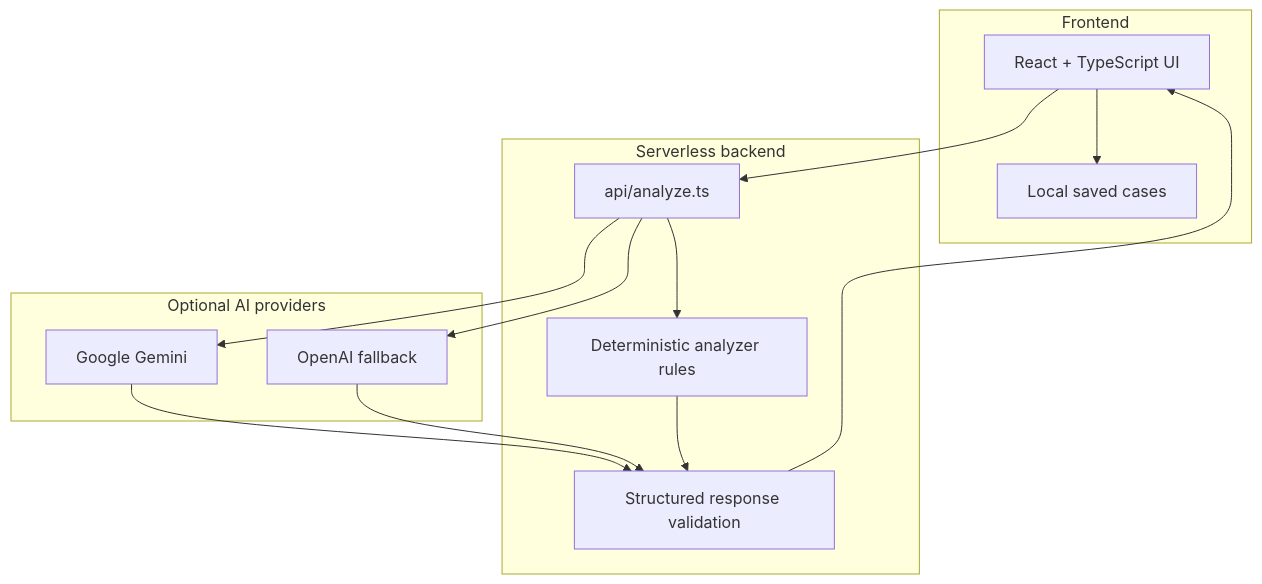
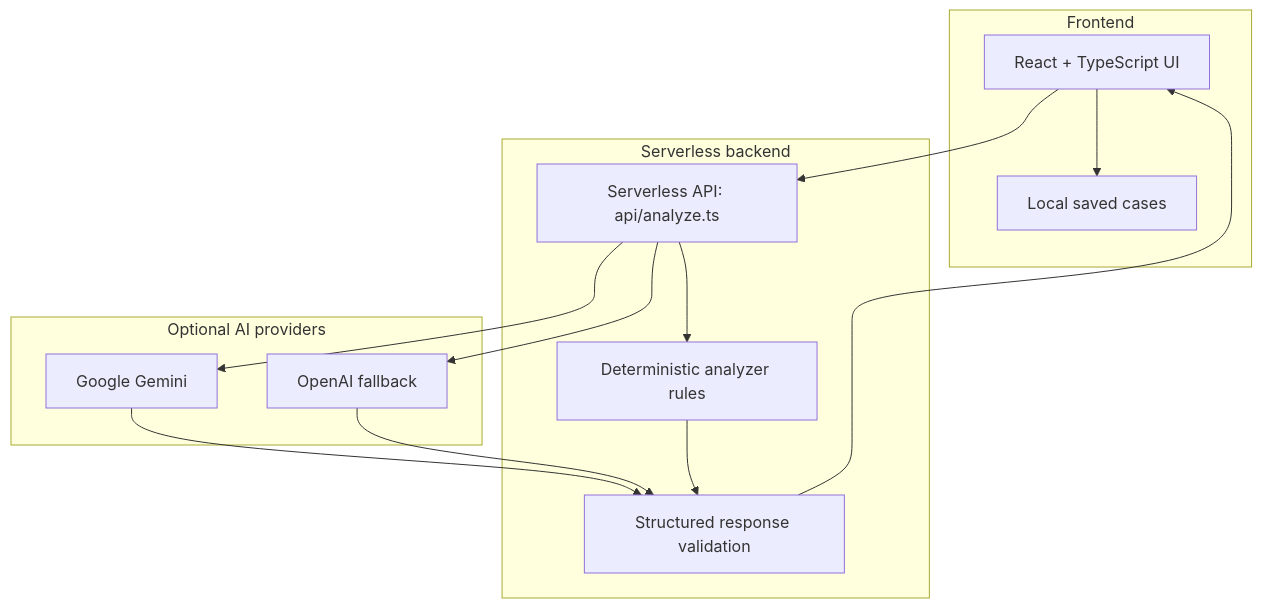
Before and after one commit to pchrysostomou/CI-Doctor: the second of 4 diagrams in README.md, drawn with Mermaid. The commit also changed other lines of this file, not shown here.

Commit message:
Fix README Mermaid diagrams

````diff
--- a/README.md
+++ b/README.md
@@ -48,28 +48,28 @@
 ```mermaid
 flowchart TB
-  subgraph Client[Frontend]
-    UI[React + TypeScript UI]
-    Storage[Local saved cases]
+  subgraph Client["Frontend"]
+    UI["React + TypeScript UI"]
+    Storage["Local saved cases"]
   end
 
-  subgraph Server[Serverless backend]
-    API[api/analyze.ts]
-    Schema[Structured response validation]
-    Rules[Deterministic analyzer rules]
+  subgraph Server["Serverless backend"]
+    API["Serverless API: api/analyze.ts"]
+    Schema["Structured response validation"]
+    Rules["Deterministic analyzer rules"]
   end
 
-  subgraph Providers[Optional AI providers]
-    Gemini[Google Gemini]
-    OpenAI[OpenAI fallback]
+  subgraph Providers["Optional AI providers"]
+    Gemini["Google Gemini"]
+    OpenAI["OpenAI fallback"]
   end
 
   UI --> API
   UI --> Storage
   API --> Gemini
   API --> OpenAI
   API --> Rules
   Gemini --> Schema
   OpenAI --> Schema
   Rules --> Schema
   Schema --> UI
 ```
````
